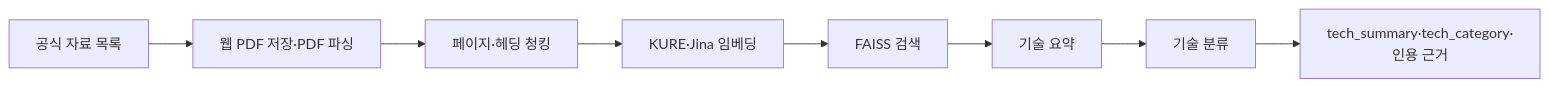
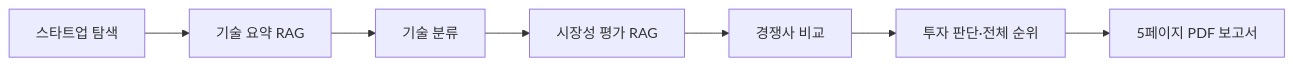
One commit to SKALA-ULSAN-4-3/AI-RAG changed the diagram in README.md. Above: the diagram before and after it, drawn with Mermaid. The commit also changed other lines of this file and 14 other files, not shown here.

````diff
--- a/README.md
+++ b/README.md
@@ -48,10 +50,9 @@
 ```mermaid
 flowchart LR
-    A[공식 자료 목록] --> B[웹 PDF 저장·PDF 파싱]
-    B --> C[페이지·헤딩 청킹]
-    C --> D[KURE·Jina 임베딩]
-    D --> E[FAISS 검색]
-    E --> F[기술 요약]
-    F --> G[기술 분류]
-    G --> H[tech_summary·tech_category·인용 근거]
+    A[스타트업 탐색] --> B[기술 요약 RAG]
+    B --> C[기술 분류]
+    C --> D[시장성 평가 RAG]
+    D --> E[경쟁사 비교]
+    E --> F[투자 판단·전체 순위]
+    F --> G[5페이지 PDF 보고서]
 ```
````
